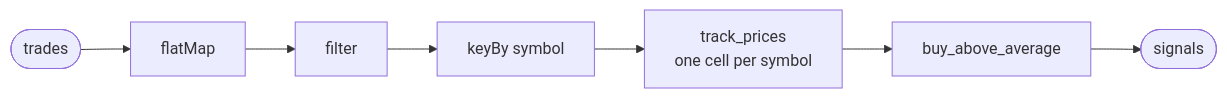
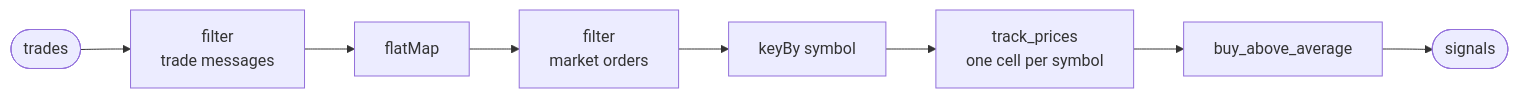
Before and after one commit to Flezha/flezha: the diagram in docs/guides/tradedesk/building_an_etl_stream.md, drawn with Mermaid. The commit also changed other lines of this file and 5 other files, not shown here.

````diff
--- a/docs/guides/tradedesk/building_an_etl_stream.md
+++ b/docs/guides/tradedesk/building_an_etl_stream.md
@@ -269,7 +269,7 @@
 ```mermaid
 flowchart LR
-    I(["trades"]) --> F["flatMap"] --> Q["filter"] --> K["keyBy symbol"]
+    I(["trades"]) --> M["filter<br/>trade messages"] --> F["flatMap"] --> Q["filter<br/>market orders"] --> K["keyBy symbol"]
     K --> T["track_prices<br/>one cell per symbol"]
     T --> B["buy_above_average"]
     B --> S(["signals"])
 ```
````
